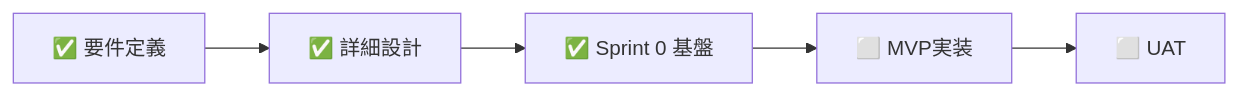
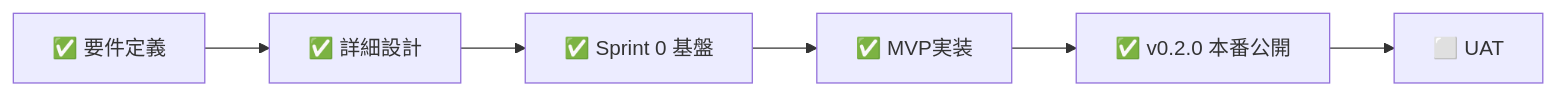
Before and after one commit to Kensan196948G/Civil-Terrain-Slope-Risk-Viewer: the fifth of 5 diagrams in README.md, drawn with Mermaid. The commit also changed other lines of this file and 1 other file, not shown here.

````diff
--- a/README.md
+++ b/README.md
@@ -150,4 +150,4 @@
 ```mermaid
 flowchart LR
-    R["✅ 要件定義"] --> D["✅ 詳細設計"] --> S0["✅ Sprint 0 基盤"] --> MVP["⬜ MVP実装"] --> UAT["⬜ UAT"]
+    R["✅ 要件定義"] --> D["✅ 詳細設計"] --> S0["✅ Sprint 0 基盤"] --> MVP["✅ MVP実装"] --> REL["✅ v0.2.0 本番公開"] --> UAT["⬜ UAT"]
 ```
````
